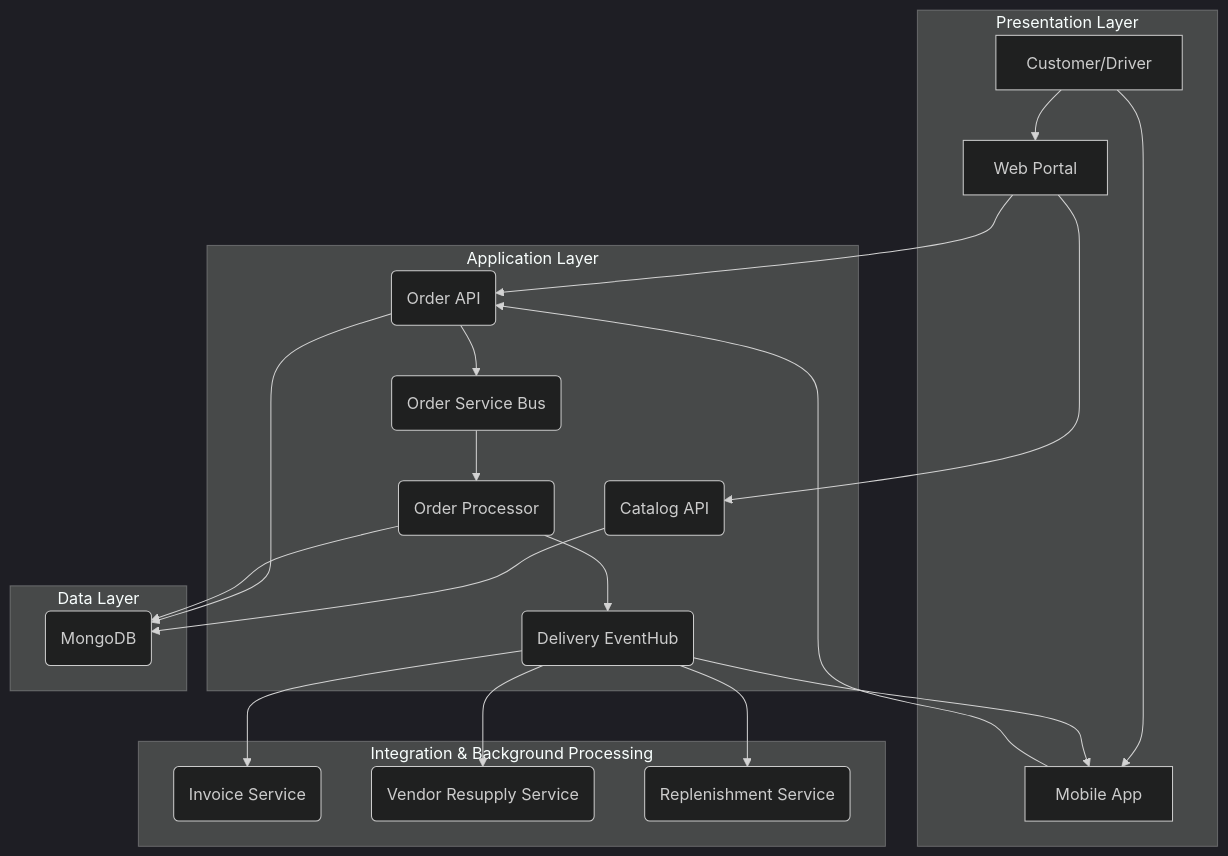
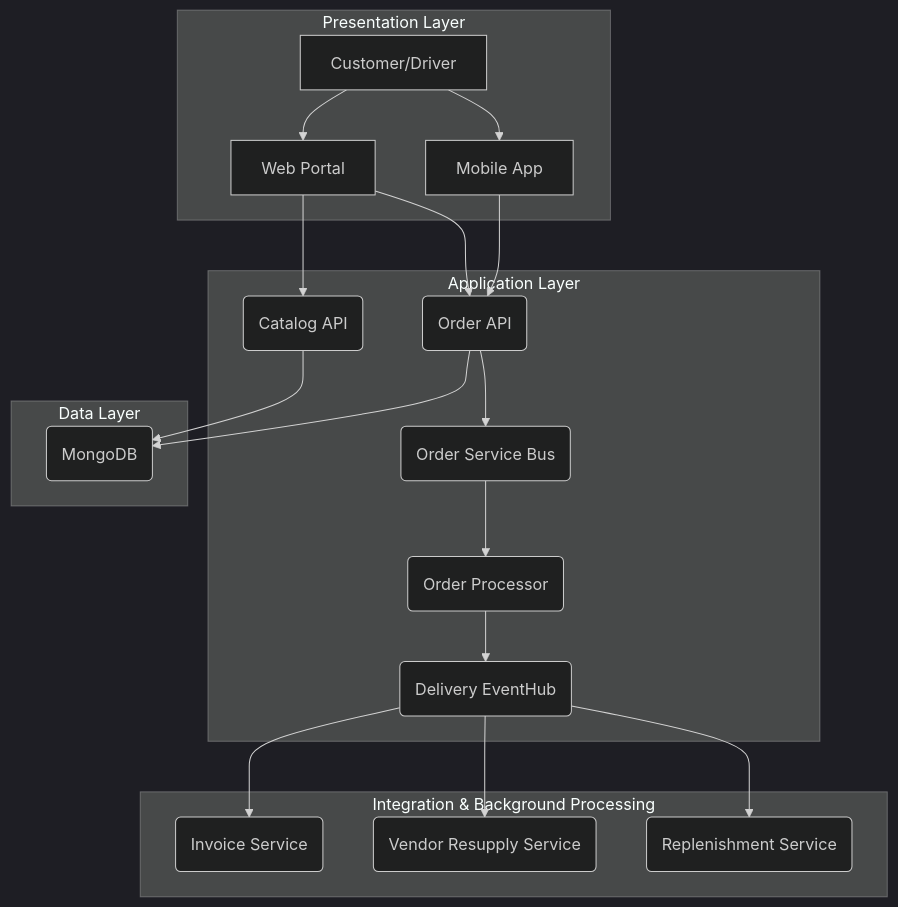
The diagram in docs/high.level.architecture.mermaid (codeygrove-learning-repo/CursorFirstImpression), drawn with Mermaid (dark theme) before and after one commit. The commit also changed 2 other files, not shown here.

Commit message:
update mermaid chart

```diff
--- a/docs/high.level.architecture.mermaid
+++ b/docs/high.level.architecture.mermaid
@@ -1,28 +1,26 @@
 graph TD
     subgraph Presentation Layer
         User[Customer/Driver] --> Web[Web Portal]
         User --> Mobile[Mobile App]
     end
 
     subgraph Application Layer
         Web --> CatalogAPI(Catalog API)
         Web --> OrderAPI(Order API)
         Mobile --> OrderAPI
 
         OrderAPI --> OrderBus(Order Service Bus)
         OrderBus --> OrderProcessor(Order Processor)
         OrderProcessor --> DeliveryEventHub(Delivery EventHub)
     end
 
     subgraph Data Layer
         CatalogAPI --> MongoDB(MongoDB)
         OrderAPI --> MongoDB
-        OrderProcessor --> MongoDB
     end
 
     subgraph Integration & Background Processing
         DeliveryEventHub --> Invoice(Invoice Service)
         DeliveryEventHub --> VendorResupply(Vendor Resupply Service)
-        DeliveryEventHub --> Replenishment(Replenishment Service)
-        DeliveryEventHub --> Mobile
+        DeliveryEventHub --> Replenishment(Replenishment Service)        
     end
```
